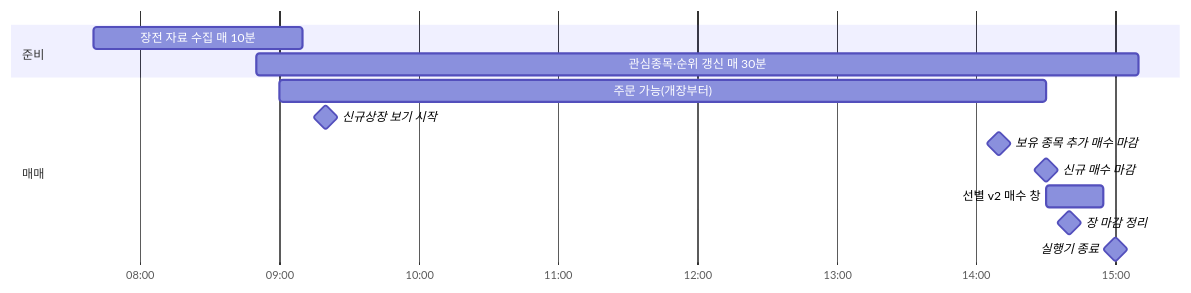
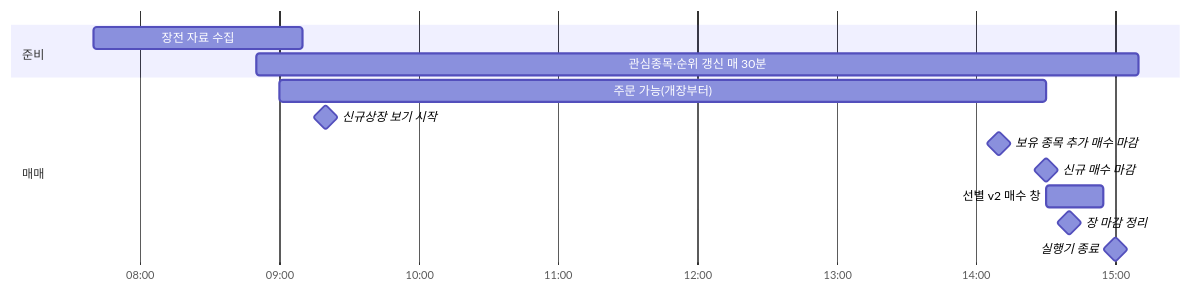
The second of 4 diagrams in docs/strategy.md (roadkwonai/omni-ai-trading), drawn with Mermaid before and after one commit. The commit also changed other lines of this file and 189 other files, not shown here.

````diff
--- a/docs/strategy.md
+++ b/docs/strategy.md
@@ -59,16 +59,16 @@
 ```mermaid
 gantt
   dateFormat HH:mm
   axisFormat %H:%M
   section 준비
-  장전 자료 수집 매 10분        :07:40, 90m
+  장전 자료 수집                :07:40, 90m
   관심종목·순위 갱신 매 30분     :08:50, 380m
   section 매매
   주문 가능(개장부터)            :09:00, 330m
   신규상장 보기 시작             :milestone, 09:20, 0m
   보유 종목 추가 매수 마감        :milestone, 14:10, 0m
   신규 매수 마감                 :milestone, 14:30, 0m
   선별 v2 매수 창               :14:30, 25m
   장 마감 정리                   :milestone, 14:40, 0m
   실행기 종료                    :milestone, 15:00, 0m
 ```
````
